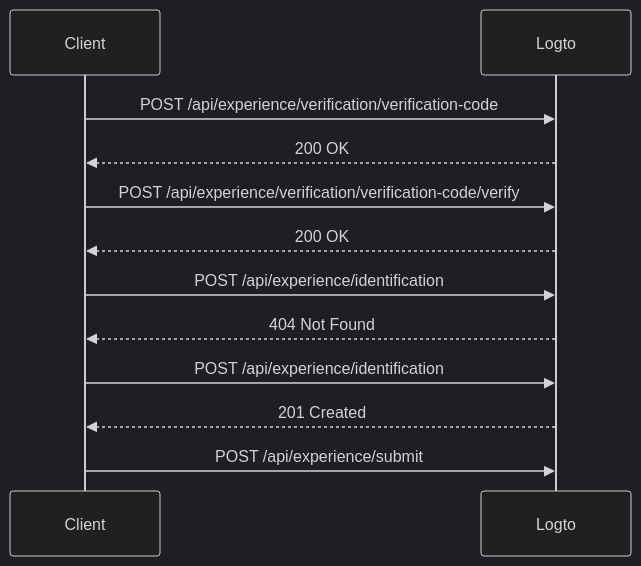
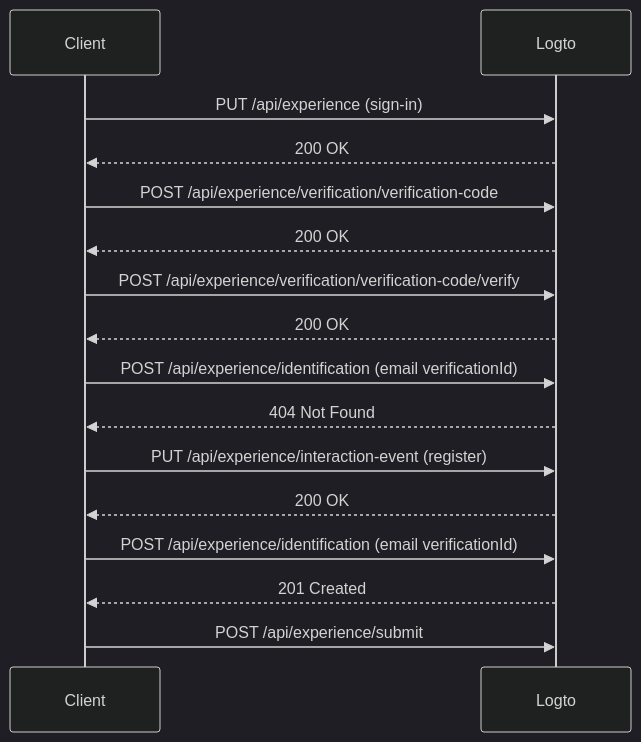
Diagram 11 of 22 in draft/0004-experience-api.md (logto-io/rfcs), drawn with Mermaid (dark theme) before and after one commit. The commit also changed other lines of this file, not shown here.

First line of the commit message:
refactor: update experience API rfc

````diff
--- a/draft/0004-experience-api.md
+++ b/draft/0004-experience-api.md
@@ -738,15 +774,19 @@
 ```mermaid
 sequenceDiagram
     participant C as Client
     participant L as Logto
 
+    C->>L: PUT /api/experience (sign-in)
+    L-->>C: 200 OK
     C->>L: POST /api/experience/verification/verification-code
     L-->>C: 200 OK
     C->>L: POST /api/experience/verification/verification-code/verify
     L-->>C: 200 OK
-    C->>L: POST /api/experience/identification
+    C->>L: POST /api/experience/identification (email verificationId)
     L-->>C: 404 Not Found
-    C->>L: POST /api/experience/identification
+    C->>L: PUT /api/experience/interaction-event (register)
+    L-->>C: 200 OK
+    C->>L: POST /api/experience/identification (email verificationId)
     L-->>C: 201 Created
     C->>L: POST /api/experience/submit
 ```
````
